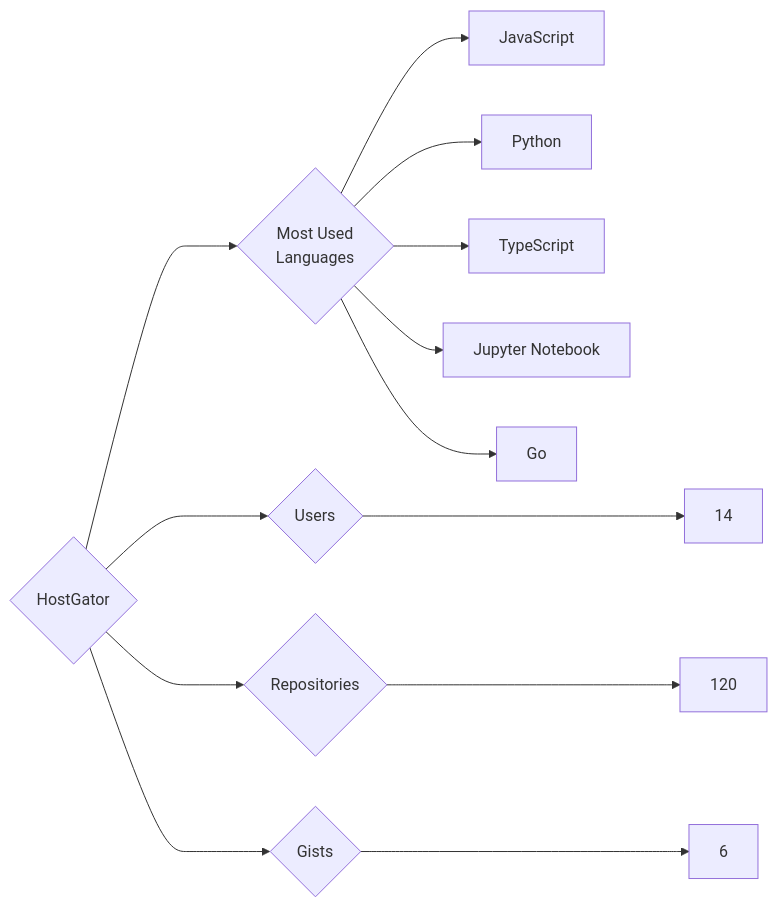
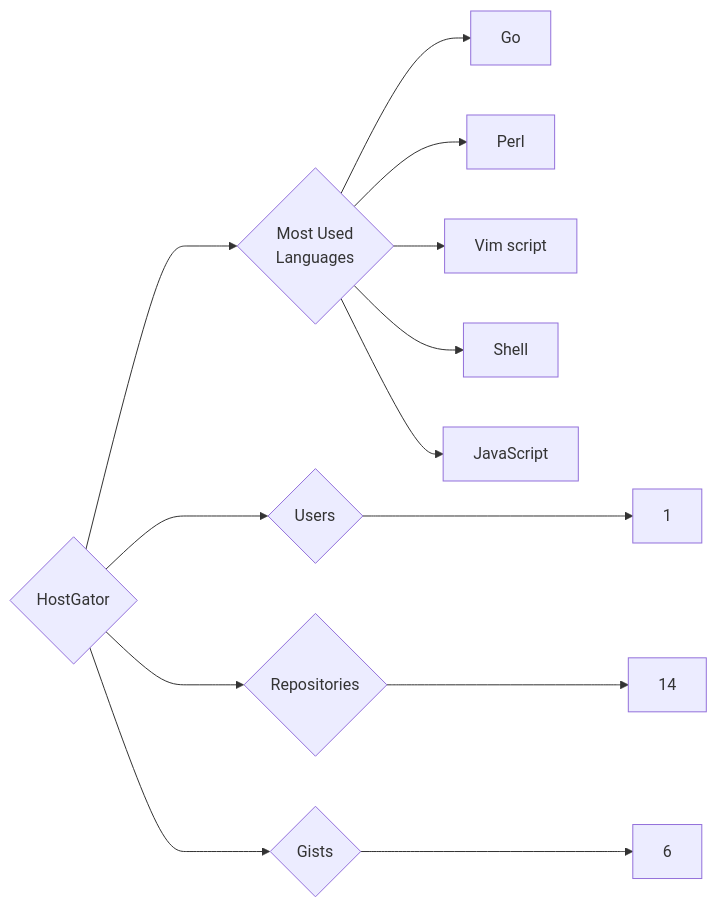
Before and after one commit to trickest/insiders: the diagram in targets/HostGator/README.md, drawn with Mermaid. The commit also changed 984 other files, not shown here.

````diff
--- a/targets/HostGator/README.md
+++ b/targets/HostGator/README.md
@@ -3,13 +3,13 @@
 ```mermaid
 graph LR
 COMPANY_NAME{HostGator}
-COMPANY_NAME ---> U{Users} ---> UN[14]
-COMPANY_NAME ---> R{Repositories} ---> RN[120]
+COMPANY_NAME ---> U{Users} ---> UN[1]
+COMPANY_NAME ---> R{Repositories} ---> RN[14]
 COMPANY_NAME ---> G{Gists} ---> GN[6]
 COMPANY_NAME ---> ML{Most Used<br>Languages}
+ML --> Go[Go]
+ML --> Perl[Perl]
+ML --> Vim_script[Vim script]
+ML --> Shell[Shell]
 ML --> JavaScript[JavaScript]
-ML --> Python[Python]
-ML --> TypeScript[TypeScript]
-ML --> Jupyter_Notebook[Jupyter Notebook]
-ML --> Go[Go]
 ```
````
